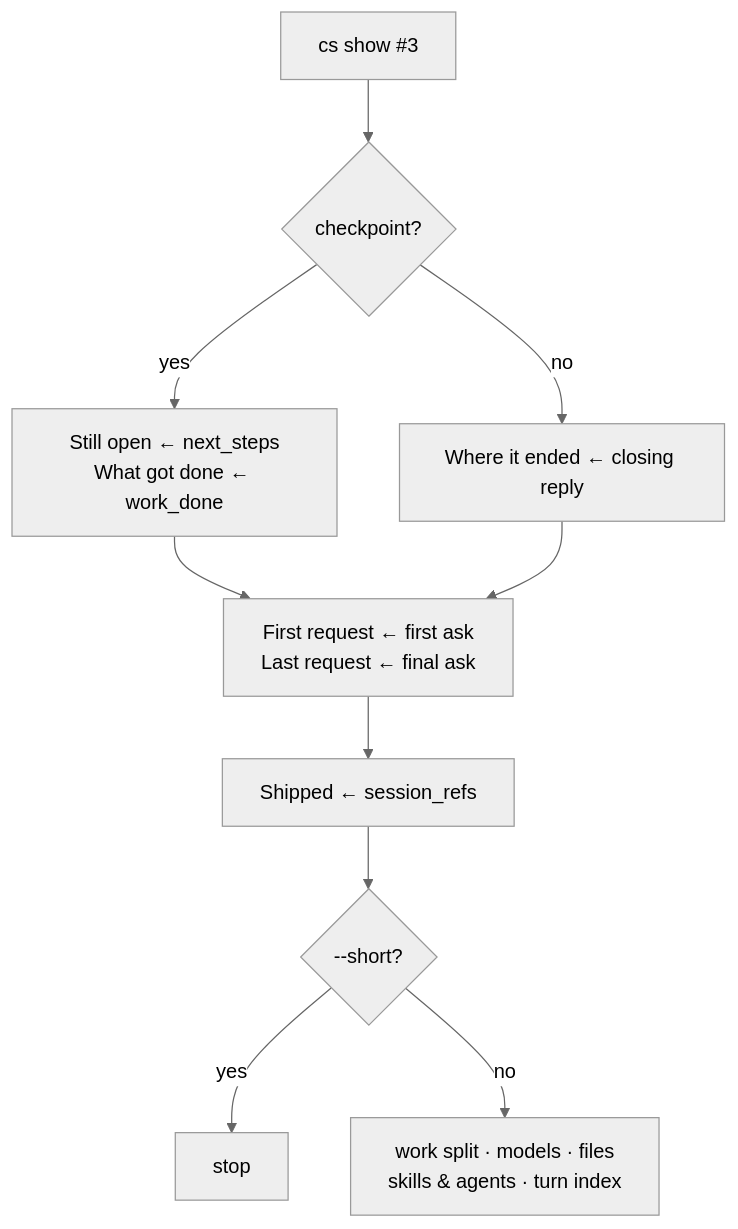
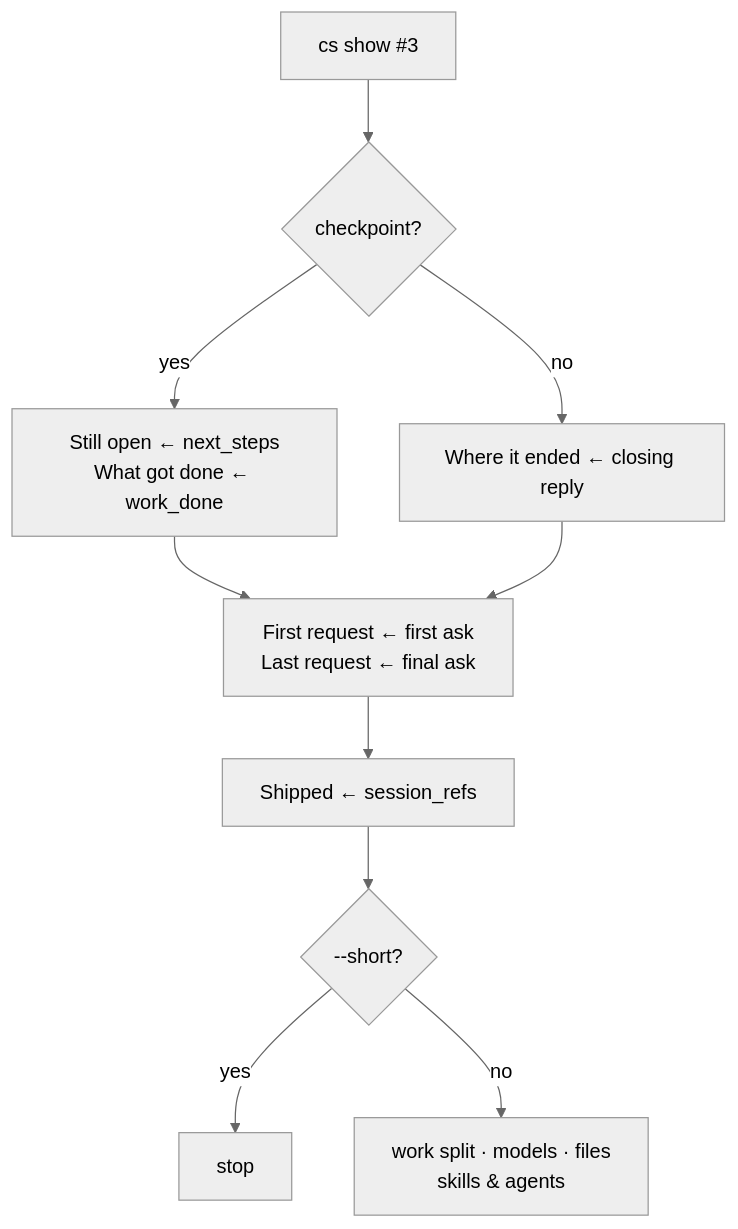
Before and after one commit to ssmule/copilot-sessions: the fifth of 10 diagrams in ARCHITECTURE.md, drawn with Mermaid (neutral theme). The commit also changed 12 other files, not shown here.

````diff
--- a/ARCHITECTURE.md
+++ b/ARCHITECTURE.md
@@ -259,11 +259,11 @@
 ```mermaid
 flowchart TD
     S["cs show #3"] --> CP{"checkpoint?"}
     CP -->|yes| A["Still open ← next_steps<br/>What got done ← work_done"]
     CP -->|no| B["Where it ended ← closing reply"]
     A & B --> G["First request ← first ask<br/>Last request ← final ask"]
     G --> R["Shipped ← session_refs"]
     R --> H{"--short?"}
     H -->|yes| E["stop"]
-    H -->|no| I["work split · models · files<br/>skills &amp; agents · turn index"]
+    H -->|no| I["work split · models · files<br/>skills &amp; agents"]
 ```
````
